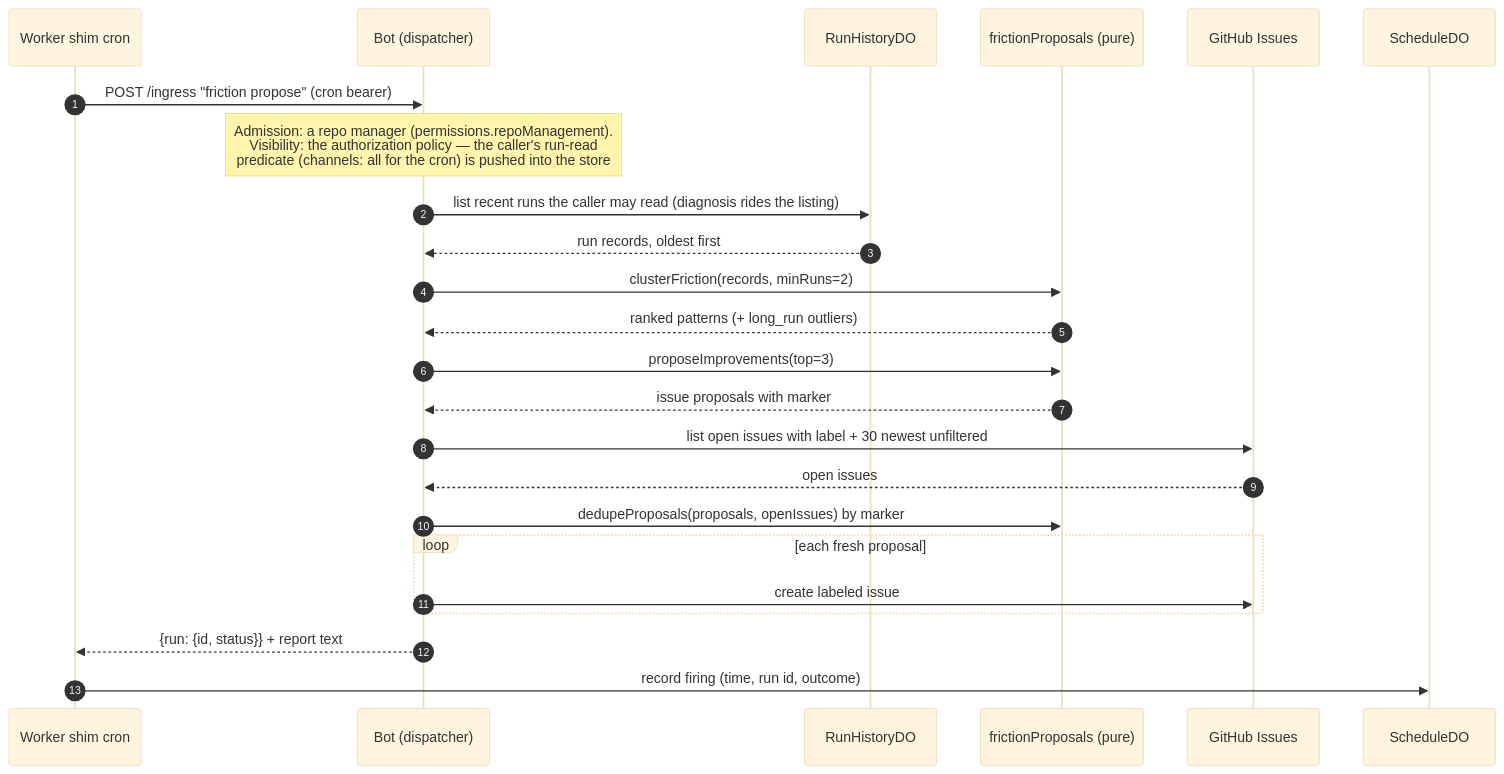
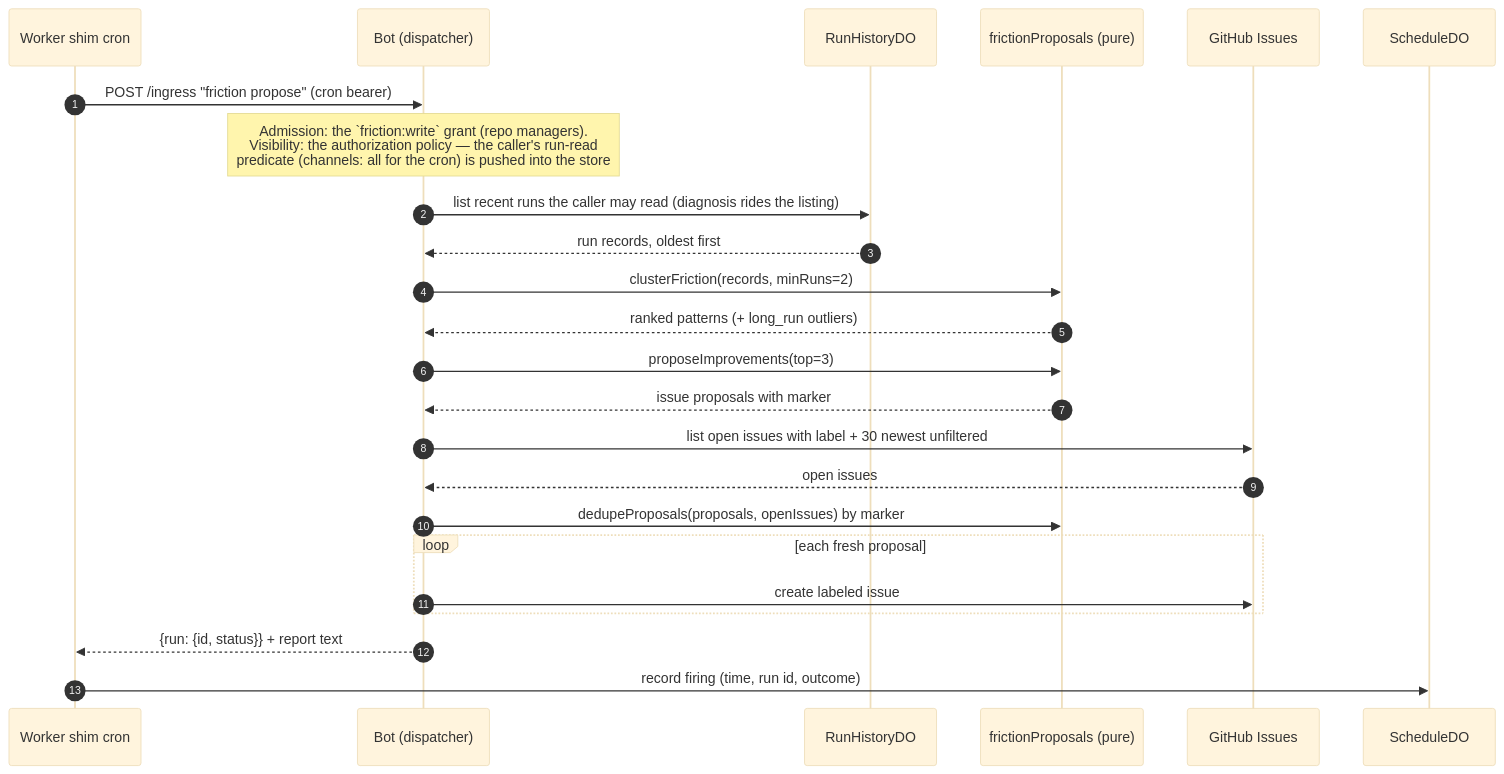
Before and after one commit to coreplanelabs/switchboard: the third of 4 diagrams in docs/self-improvement-architecture.md, drawn with Mermaid (base theme). The commit also changed other lines of this file and 81 other files, not shown here.

````diff
--- a/docs/self-improvement-architecture.md
+++ b/docs/self-improvement-architecture.md
@@ -79,27 +79,27 @@
 ```mermaid
 sequenceDiagram
     autonumber
     participant Shim as Worker shim cron
     participant Bot as Bot (dispatcher)
     participant Store as RunHistoryDO
     participant Core as frictionProposals (pure)
     participant GH as GitHub Issues
     participant SDO as ScheduleDO
 
     Shim->>Bot: POST /ingress "friction propose" (cron bearer)
-    Note over Bot: Admission: a repo manager (permissions.repoManagement).<br/>Visibility: the authorization policy — the caller's run-read<br/>predicate (channels: all for the cron) is pushed into the store
+    Note over Bot: Admission: the `friction:write` grant (repo managers).<br/>Visibility: the authorization policy — the caller's run-read<br/>predicate (channels: all for the cron) is pushed into the store
     Bot->>Store: list recent runs the caller may read (diagnosis rides the listing)
     Store-->>Bot: run records, oldest first
     Bot->>Core: clusterFriction(records, minRuns=2)
     Core-->>Bot: ranked patterns (+ long_run outliers)
     Bot->>Core: proposeImprovements(top=3)
     Core-->>Bot: issue proposals with marker
     Bot->>GH: list open issues with label + 30 newest unfiltered
     GH-->>Bot: open issues
     Bot->>Core: dedupeProposals(proposals, openIssues) by marker
     loop each fresh proposal
         Bot->>GH: create labeled issue
     end
     Bot-->>Shim: {run: {id, status}} + report text
     Shim->>SDO: record firing (time, run id, outcome)
 ```
````
